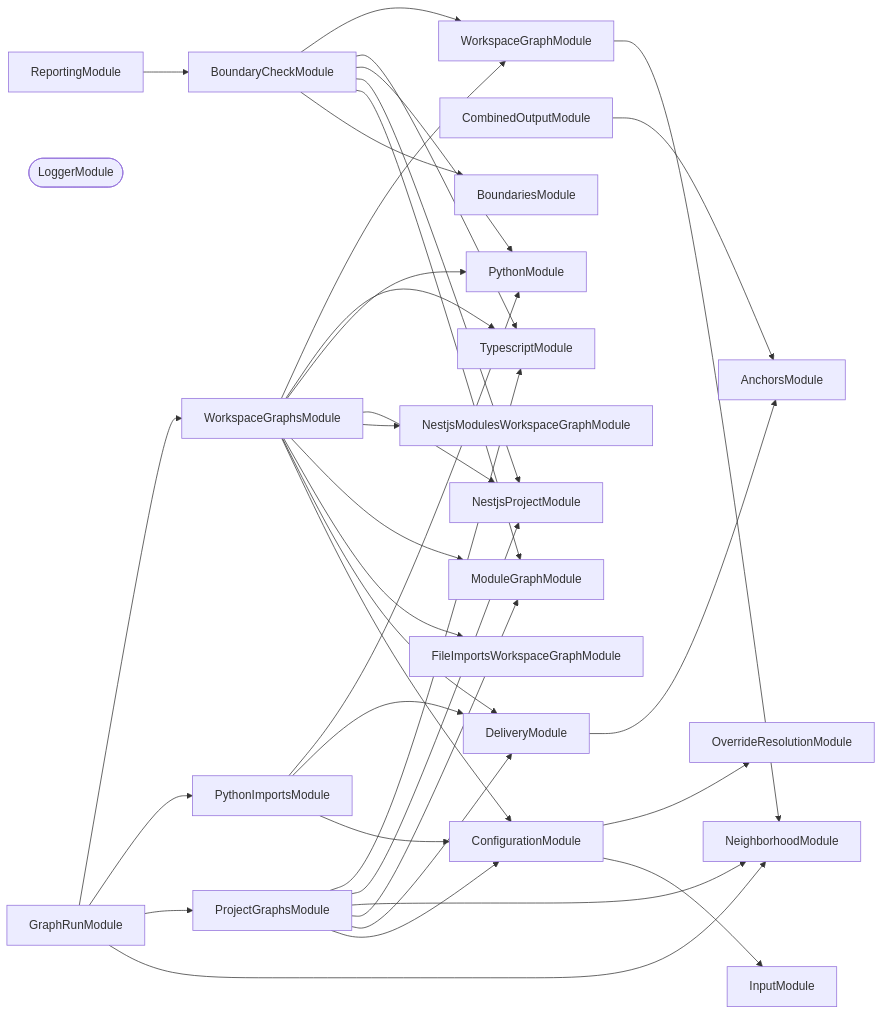
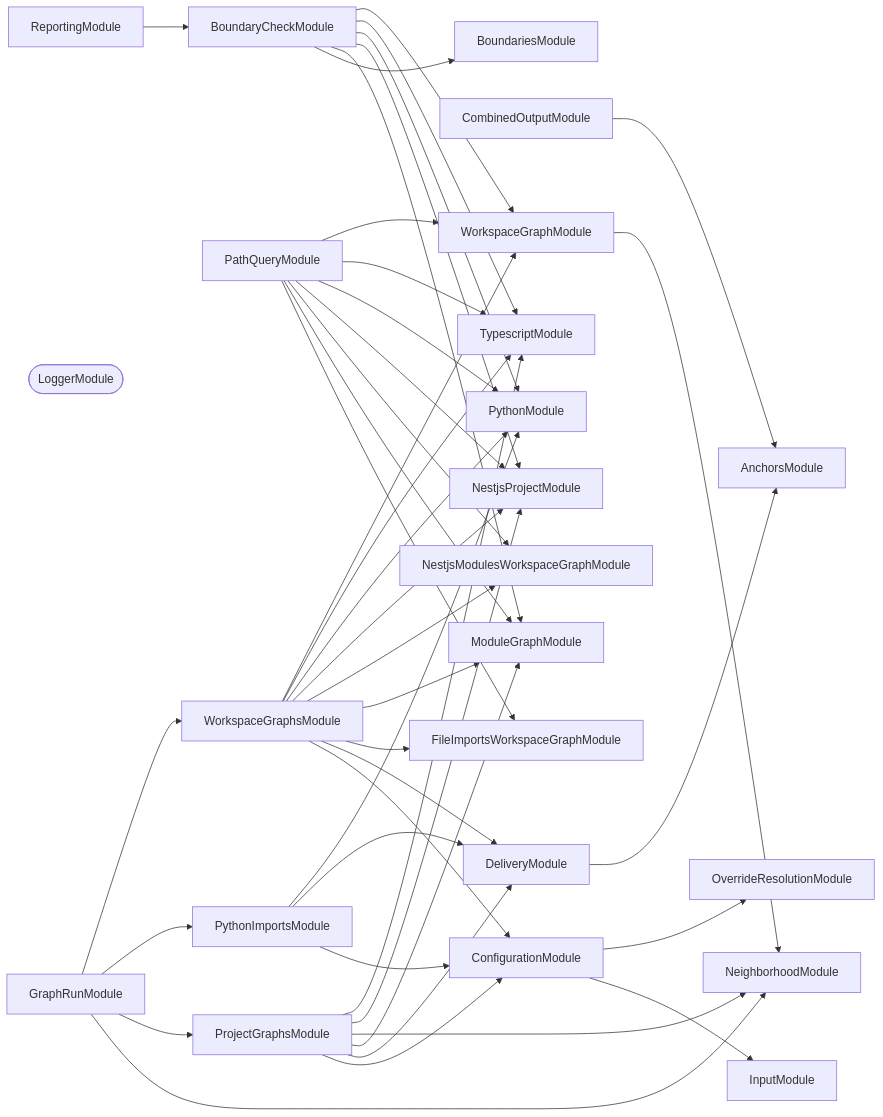
Before and after one commit to JimmyPaolini/codebase: the second of 3 diagrams in packages/ic-suite/codependix/codependix-output/README.md, drawn with Mermaid. The commit also changed other lines of this file and 88 other files, not shown here.

````diff
--- a/packages/ic-suite/codependix/codependix-output/README.md
+++ b/packages/ic-suite/codependix/codependix-output/README.md
@@ -47,59 +47,67 @@
 ```mermaid
 flowchart LR
   AnchorsModule
   BoundariesModule
   BoundaryCheckModule
   CombinedOutputModule
   ConfigurationModule
   DeliveryModule
   FileImportsWorkspaceGraphModule
   GraphRunModule
   InputModule
   LoggerModule([LoggerModule])
   ModuleGraphModule
   NeighborhoodModule
   NestjsModulesWorkspaceGraphModule
   NestjsProjectModule
   OverrideResolutionModule
+  PathQueryModule
   ProjectGraphsModule
   PythonImportsModule
   PythonModule
   ReportingModule
   TypescriptModule
   WorkspaceGraphModule
   WorkspaceGraphsModule
   BoundaryCheckModule --> BoundariesModule
   BoundaryCheckModule --> ModuleGraphModule
   BoundaryCheckModule --> NestjsProjectModule
   BoundaryCheckModule --> PythonModule
   BoundaryCheckModule --> TypescriptModule
   BoundaryCheckModule --> WorkspaceGraphModule
   CombinedOutputModule --> AnchorsModule
   ConfigurationModule --> InputModule
   ConfigurationModule --> OverrideResolutionModule
   DeliveryModule --> AnchorsModule
   GraphRunModule --> NeighborhoodModule
   GraphRunModule --> ProjectGraphsModule
   GraphRunModule --> PythonImportsModule
   GraphRunModule --> WorkspaceGraphsModule
+  PathQueryModule --> FileImportsWorkspaceGraphModule
+  PathQueryModule --> ModuleGraphModule
+  PathQueryModule --> NestjsModulesWorkspaceGraphModule
+  PathQueryModule --> NestjsProjectModule
+  PathQueryModule --> PythonModule
+  PathQueryModule --> TypescriptModule
+  PathQueryModule --> WorkspaceGraphModule
   ProjectGraphsModule --> ConfigurationModule
   ProjectGraphsModule --> DeliveryModule
   ProjectGraphsModule --> ModuleGraphModule
   ProjectGraphsModule --> NeighborhoodModule
   ProjectGraphsModule --> NestjsProjectModule
   ProjectGraphsModule --> TypescriptModule
   PythonImportsModule --> ConfigurationModule
   PythonImportsModule --> DeliveryModule
   PythonImportsModule --> PythonModule
   ReportingModule --> BoundaryCheckModule
   WorkspaceGraphModule --> NeighborhoodModule
   WorkspaceGraphsModule --> ConfigurationModule
   WorkspaceGraphsModule --> DeliveryModule
   WorkspaceGraphsModule --> FileImportsWorkspaceGraphModule
   WorkspaceGraphsModule --> ModuleGraphModule
   WorkspaceGraphsModule --> NestjsModulesWorkspaceGraphModule
   WorkspaceGraphsModule --> NestjsProjectModule
   WorkspaceGraphsModule --> PythonModule
   WorkspaceGraphsModule --> TypescriptModule
   WorkspaceGraphsModule --> WorkspaceGraphModule
 ```
````
